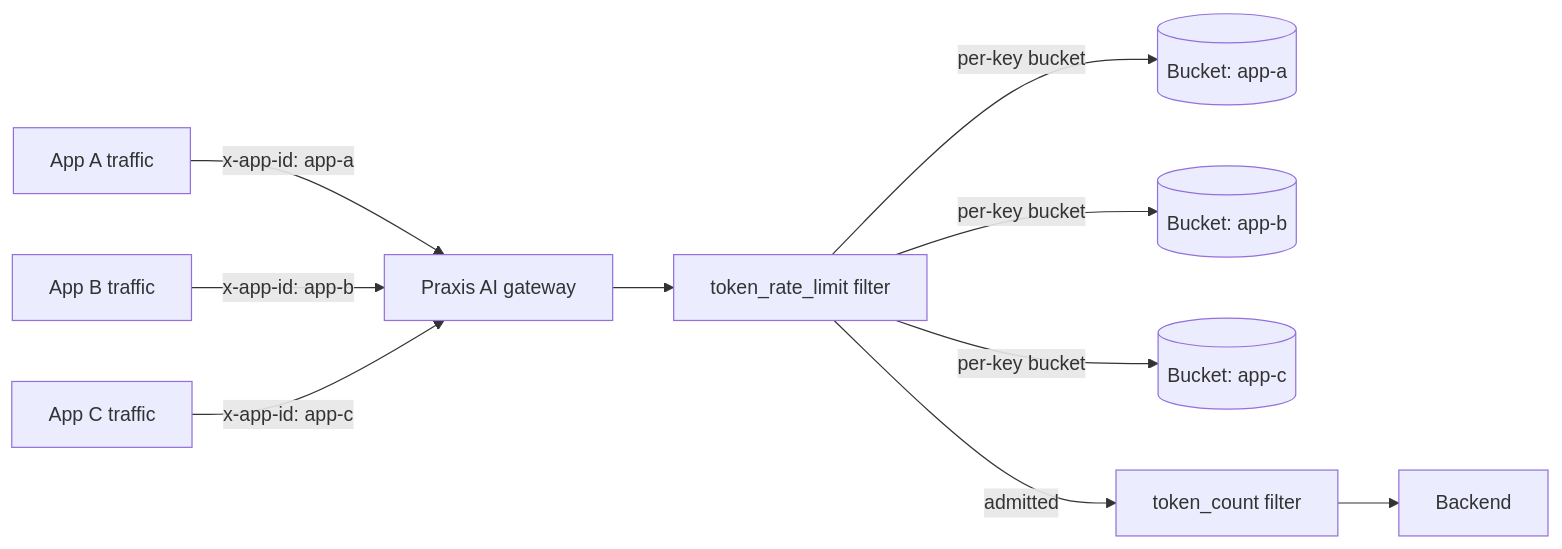
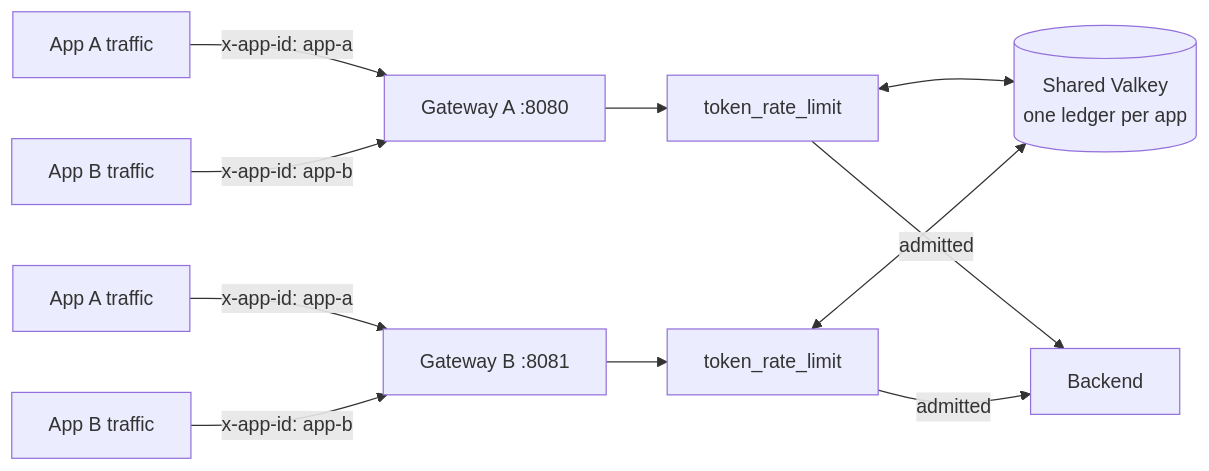
One commit to praxis-proxy/experimental changed the diagram in demos/token-rate-limit-per-app-budgets/README.md. Above: the diagram before and after it, drawn with Mermaid. The commit also changed other lines of this file and 2 other files, not shown here.

First line of the commit message:
docs(demo): add the shared-Valkey cross-instance scenario

````diff
--- a/demos/token-rate-limit-per-app-budgets/README.md
+++ b/demos/token-rate-limit-per-app-budgets/README.md
@@ -39,12 +54,15 @@
 ```mermaid
 flowchart LR
-    App1[App A traffic] -->|x-app-id: app-a| GW[Praxis AI gateway]
-    App2[App B traffic] -->|x-app-id: app-b| GW
-    App3[App C traffic] -->|x-app-id: app-c| GW
-    GW --> TRL[token_rate_limit filter]
-    TRL -->|per-key bucket| BA[(Bucket: app-a)]
-    TRL -->|per-key bucket| BB[(Bucket: app-b)]
-    TRL -->|per-key bucket| BC[(Bucket: app-c)]
-    TRL -->|admitted| TC[token_count filter]
-    TC --> BE[Backend]
+    A1[App A traffic] -->|x-app-id: app-a| GA[Gateway A :8080]
+    A2[App A traffic] -->|x-app-id: app-a| GB[Gateway B :8081]
+    B1[App B traffic] -->|x-app-id: app-b| GA
+    B1b[App B traffic] -->|x-app-id: app-b| GB
+
+    GA --> TRLA[token_rate_limit]
+    GB --> TRLB[token_rate_limit]
+    TRLA <--> V[(Shared Valkey<br/>one ledger per app)]
+    TRLB <--> V
+
+    TRLA -->|admitted| BE[Backend]
+    TRLB -->|admitted| BE
 ```
````
